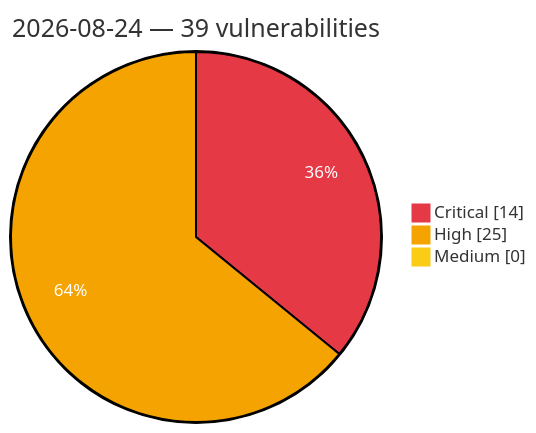
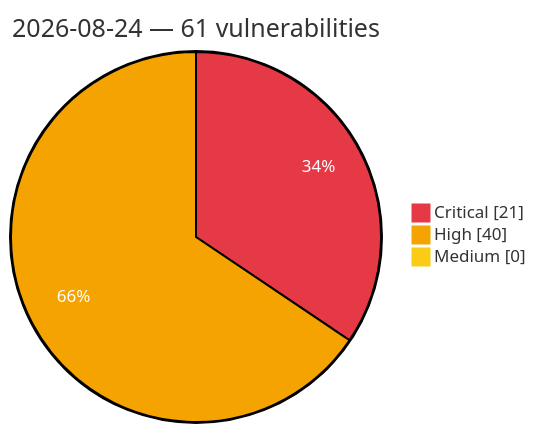
One commit to GhostX0X/vuln-tracker changed the diagram in vulnerabilities/2026/August/2026-08-24.md. Above: the diagram before and after it, drawn with Mermaid. The commit also changed other lines of this file and 5 other files, not shown here.

Commit message:
Auto update: critical/high vulns (2026-08-24 14:59 UTC)

````diff
--- a/vulnerabilities/2026/August/2026-08-24.md
+++ b/vulnerabilities/2026/August/2026-08-24.md
@@ -3,8 +3,8 @@
 ```mermaid
 %%{init: {'theme':'base', 'themeVariables': {'pie1':'#e63946', 'pie2':'#f4a300', 'pie3':'#facc15', 'pieOpacity':'1', 'pieOuterStrokeWidth':'2px', 'pieSectionTextColor':'#ffffff'}}}%%
 pie showData
-    title 2026-08-24 — 39 vulnerabilities
-    "Critical" : 14
-    "High" : 25
+    title 2026-08-24 — 61 vulnerabilities
+    "Critical" : 21
+    "High" : 40
     "Medium" : 0
 ```
````
